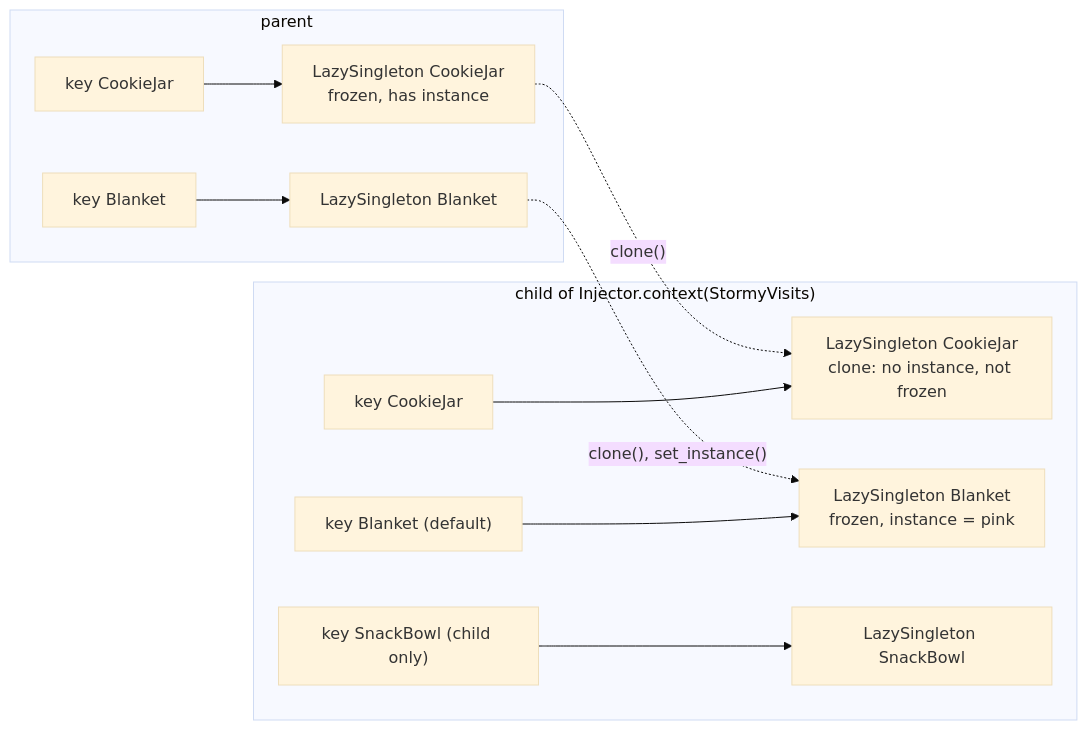
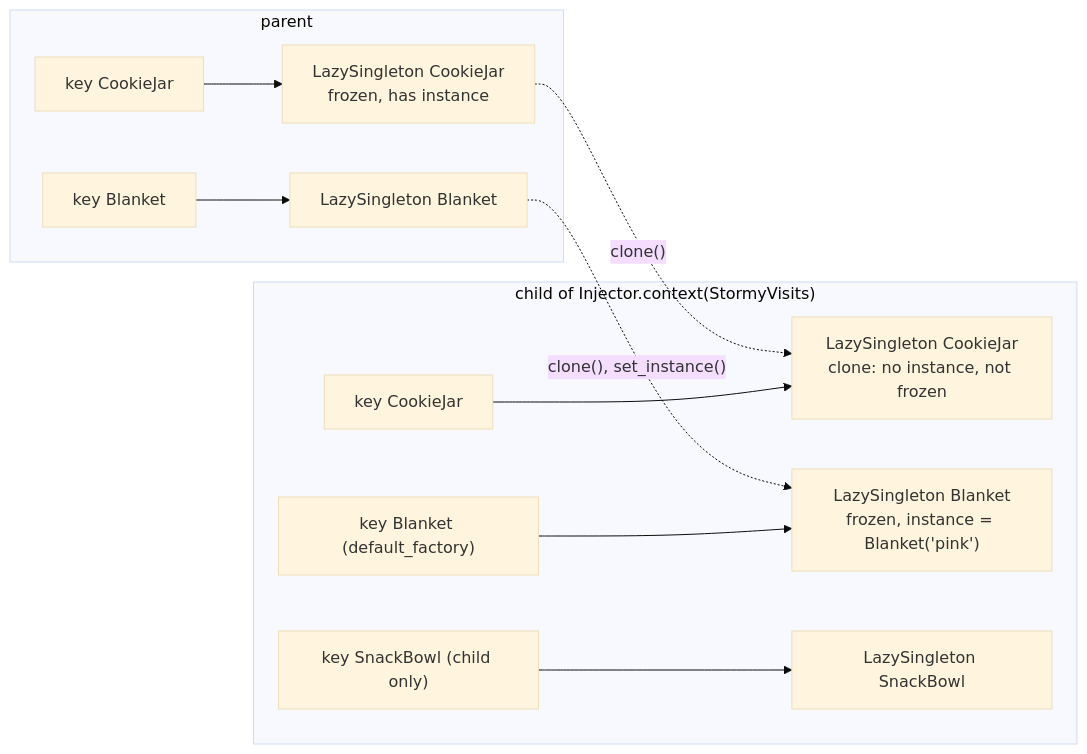
One commit to 0xf104a/smalldi changed the seventh of 10 diagrams in docs/contexts.md. Above: the diagram before and after it, drawn with Mermaid (base theme). The commit also changed other lines of this file and 11 other files, not shown here.

````diff
--- a/docs/contexts.md
+++ b/docs/contexts.md
@@ -224,14 +230,14 @@
 ```mermaid
 flowchart LR
     subgraph parent["parent"]
         pJar["key CookieJar"] --> LS1["LazySingleton CookieJar<br/>frozen, has instance"]
         pBlanket["key Blanket"] --> LS2["LazySingleton Blanket"]
     end
     subgraph child["child of Injector.context(StormyVisits)"]
         cJar["key CookieJar"] --> LS1c["LazySingleton CookieJar<br/>clone: no instance, not frozen"]
-        cBlanket["key Blanket (default)"] --> LS2c["LazySingleton Blanket<br/>frozen, instance = pink"]
+        cBlanket["key Blanket (default_factory)"] --> LS2c["LazySingleton Blanket<br/>frozen, instance = Blanket('pink')"]
         cBowl["key SnackBowl (child only)"] --> LS3["LazySingleton SnackBowl"]
     end
     LS1 -. "clone()" .-> LS1c
     LS2 -. "clone(), set_instance()" .-> LS2c
 ```
````
